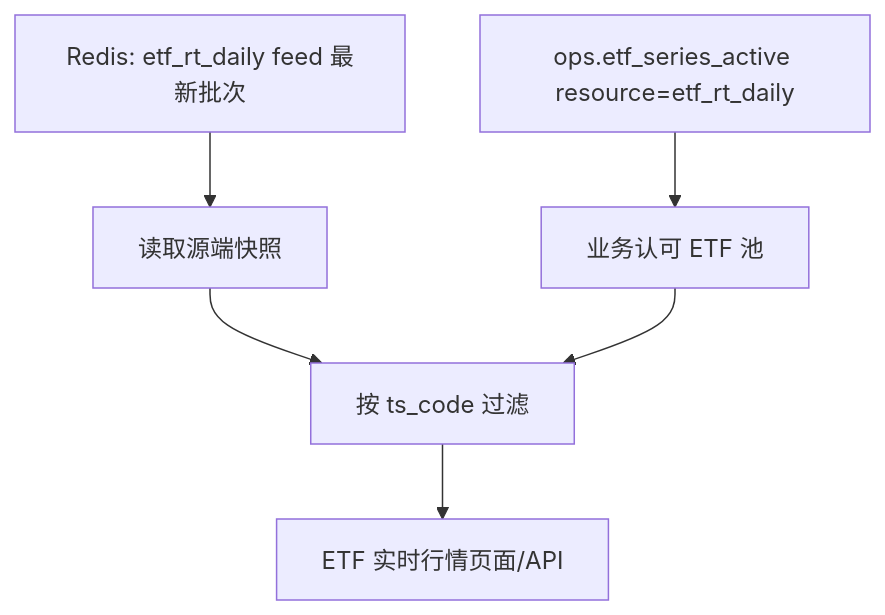
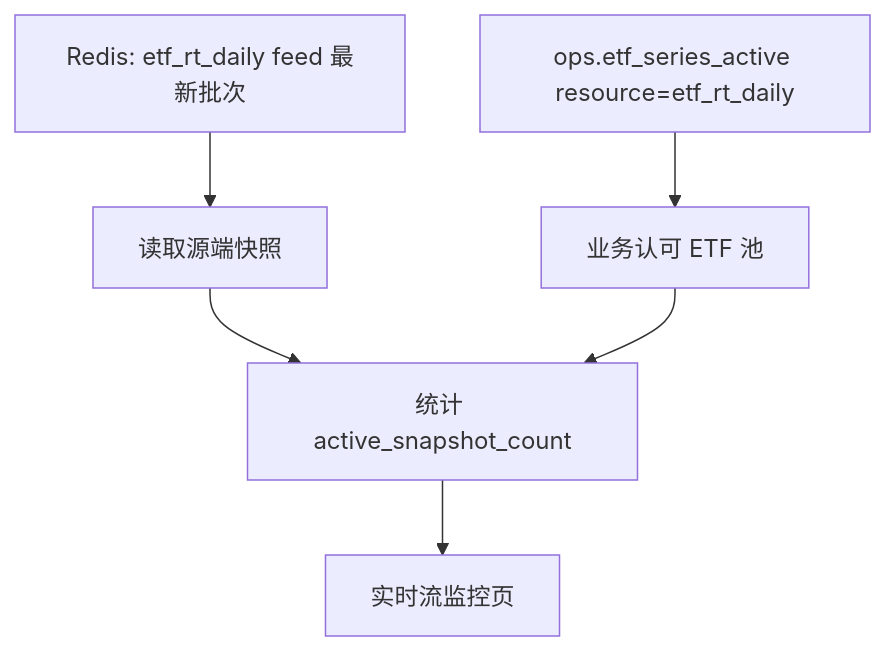
Before and after one commit to chiuser/goldenshare: the second of 2 diagrams in docs/architecture/etf-active-pool-design-plan-v1.md, drawn with Mermaid. The commit also changed other lines of this file and 8 other files, not shown here.

````diff
--- a/docs/architecture/etf-active-pool-design-plan-v1.md
+++ b/docs/architecture/etf-active-pool-design-plan-v1.md
@@ -410,8 +410,8 @@
 ```mermaid
 flowchart TD
   A["Redis: etf_rt_daily feed 最新批次"] --> B["读取源端快照"]
   C["ops.etf_series_active resource=etf_rt_daily"] --> D["业务认可 ETF 池"]
-  B --> E["按 ts_code 过滤"]
+  B --> E["统计 active_snapshot_count"]
   D --> E
-  E --> F["ETF 实时行情页面/API"]
+  E --> F["实时流监控页"]
 ```
````
